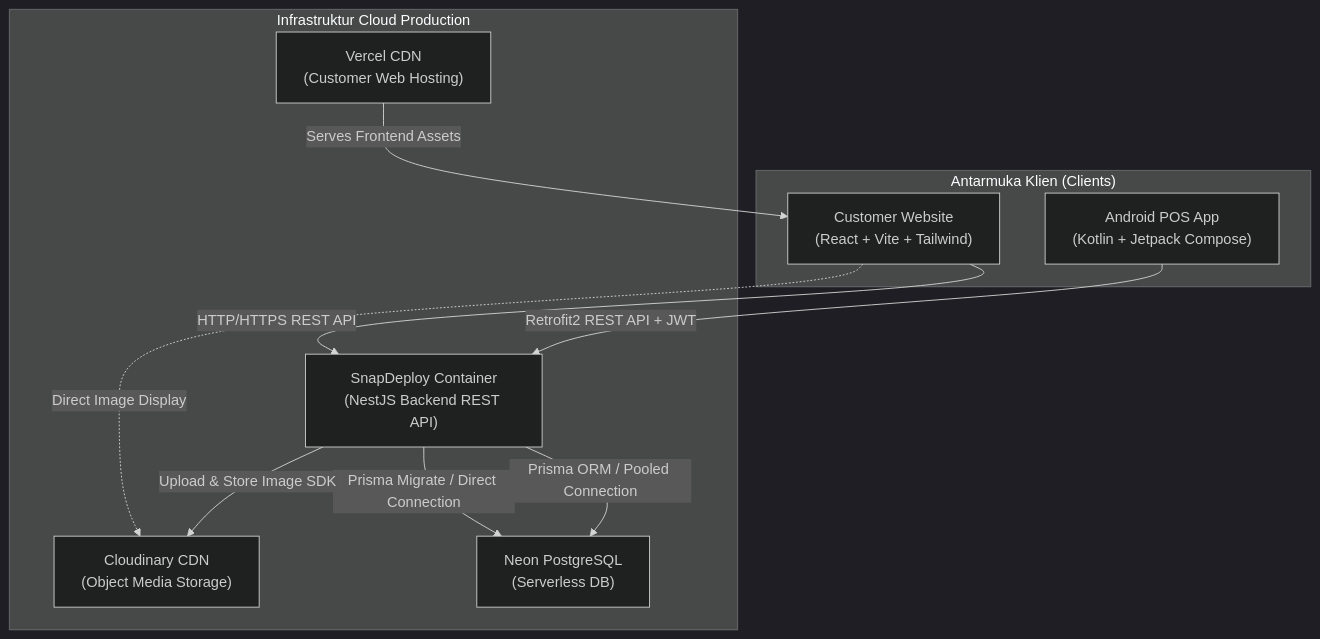
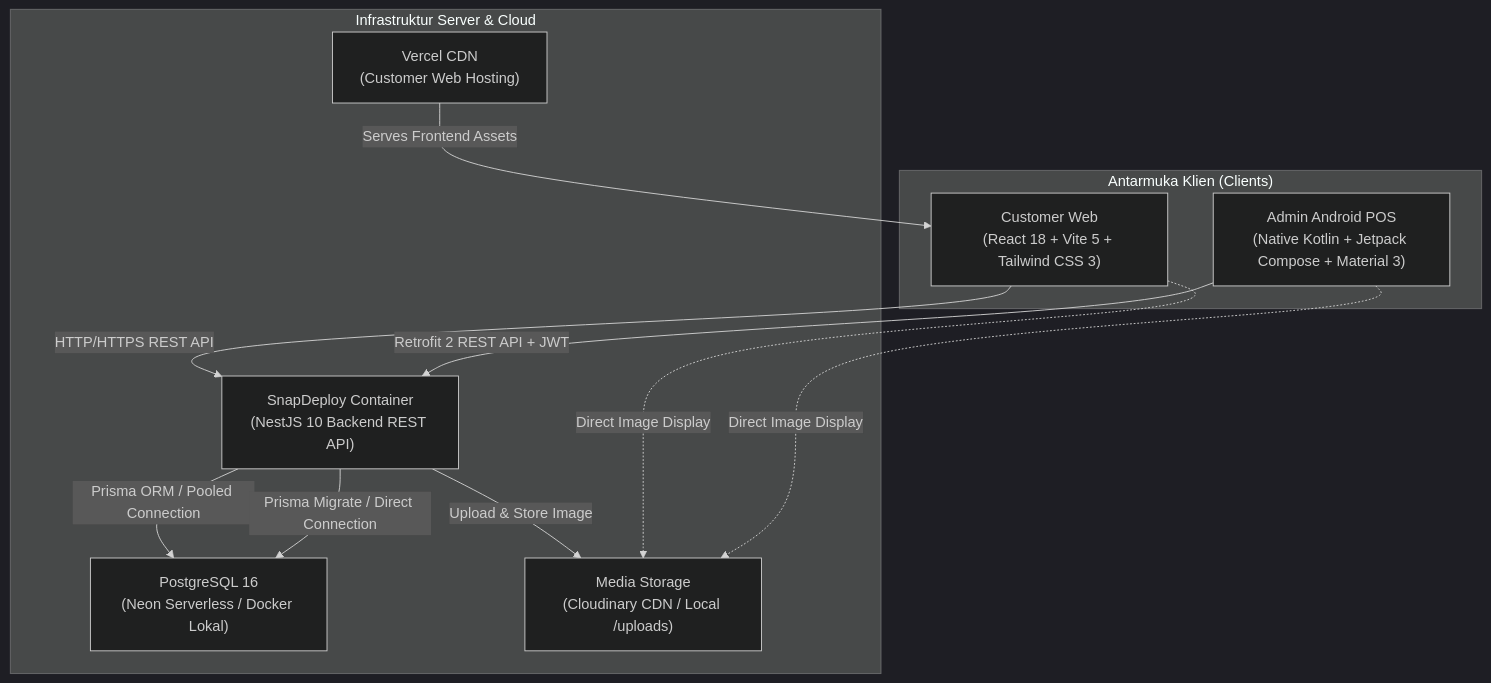
The first of 2 diagrams in docs/ARCHITECTURE.md (aldxynnn/kuliner-msme), drawn with Mermaid (dark theme) before and after one commit. The commit also changed other lines of this file and 36 other files, not shown here.

Commit message:
feat(ui): redesign Aroma POS customer web and admin android

````diff
--- a/docs/ARCHITECTURE.md
+++ b/docs/ARCHITECTURE.md
@@ -11,22 +11,23 @@
 ```mermaid
 flowchart TD
     subgraph Clients["Antarmuka Klien (Clients)"]
-        A["Customer Website\n(React + Vite + Tailwind)"]
-        B["Android POS App\n(Kotlin + Jetpack Compose)"]
+        A["Customer Web\n(React 18 + Vite 5 + Tailwind CSS 3)"]
+        B["Admin Android POS\n(Native Kotlin + Jetpack Compose + Material 3)"]
     end
 
-    subgraph Hosting["Infrastruktur Cloud Production"]
+    subgraph Hosting["Infrastruktur Server & Cloud"]
         C["Vercel CDN\n(Customer Web Hosting)"]
-        D["SnapDeploy Container\n(NestJS Backend REST API)"]
-        E["Neon PostgreSQL\n(Serverless DB)"]
-        F["Cloudinary CDN\n(Object Media Storage)"]
+        D["SnapDeploy Container\n(NestJS 10 Backend REST API)"]
+        E["PostgreSQL 16\n(Neon Serverless / Docker Lokal)"]
+        F["Media Storage\n(Cloudinary CDN / Local /uploads)"]
     end
 
     A -->|HTTP/HTTPS REST API| D
-    B -->|Retrofit2 REST API + JWT| D
+    B -->|Retrofit 2 REST API + JWT| D
     C -->|Serves Frontend Assets| A
     D -->|Prisma ORM / Pooled Connection| E
     D -->|Prisma Migrate / Direct Connection| E
-    D -->|Upload & Store Image SDK| F
+    D -->|Upload & Store Image| F
     A -.->|Direct Image Display| F
+    B -.->|Direct Image Display| F
 ```
````
